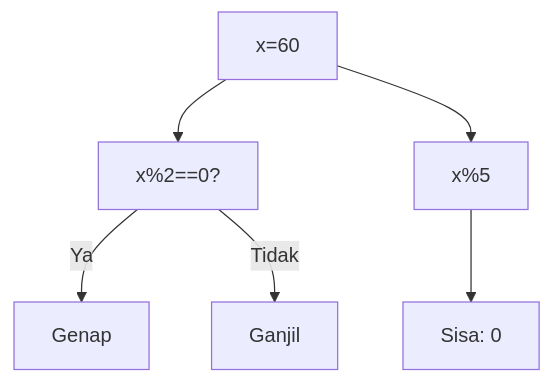
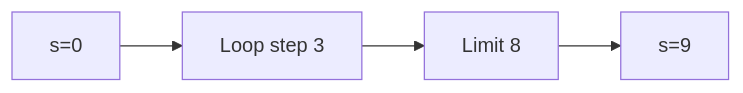
One commit to amnahwaida/OSNK_INF_PREP changed the fifth of 25 diagrams in part-c-pemahaman-cpp/03-perulangan/latihan/set-03.md. Above: the diagram before and after it, drawn with Mermaid. The commit also changed other lines of this file and 71 other files, not shown here.

````diff
--- a/part-c-pemahaman-cpp/03-perulangan/latihan/set-03.md
+++ b/part-c-pemahaman-cpp/03-perulangan/latihan/set-03.md
@@ -116,8 +129,6 @@
 ```mermaid
-graph TD
-A["x=60"] --> B["x%2==0?"]
-B -- Ya --> C["Genap"]
-B -- Tidak --> D["Ganjil"]
-A --> E["x%5"]
-E --> F["Sisa: 0"]
+graph LR
+A["s=0"] --> B["Loop step 3"]
+B --> C["Limit 8"]
+C --> D["s=9"]
 ```
````
